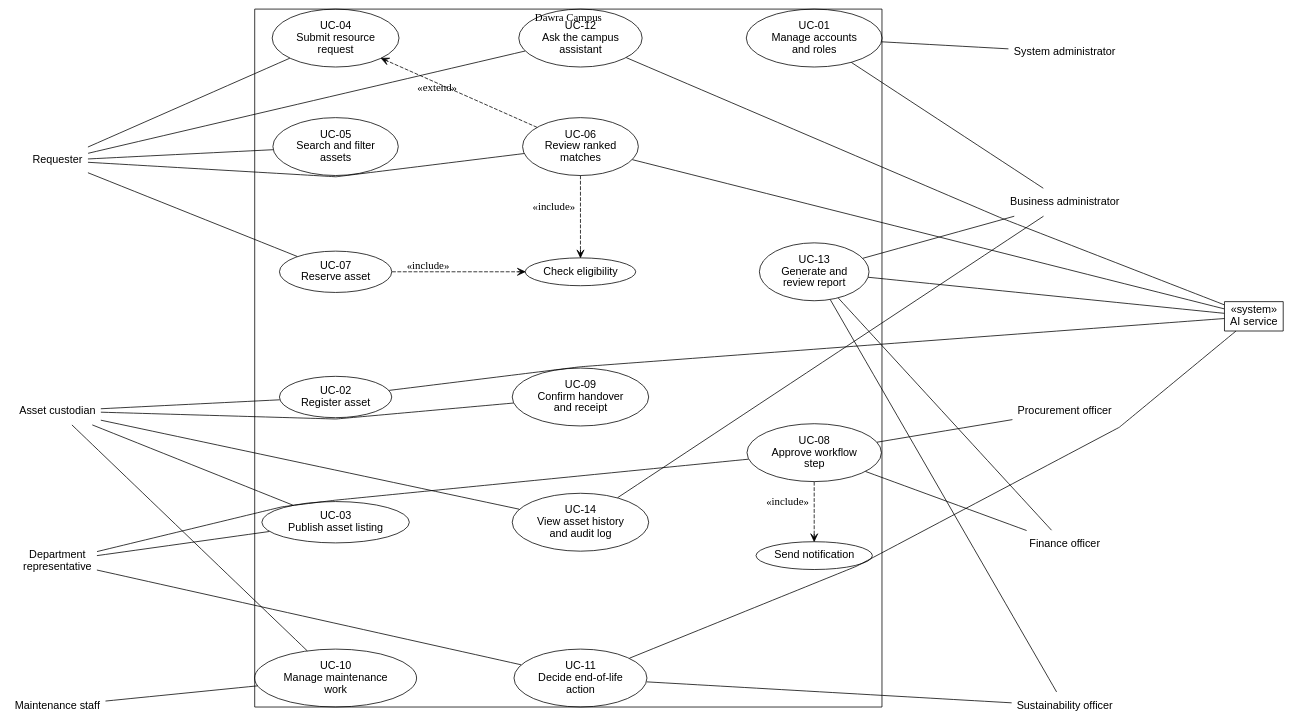
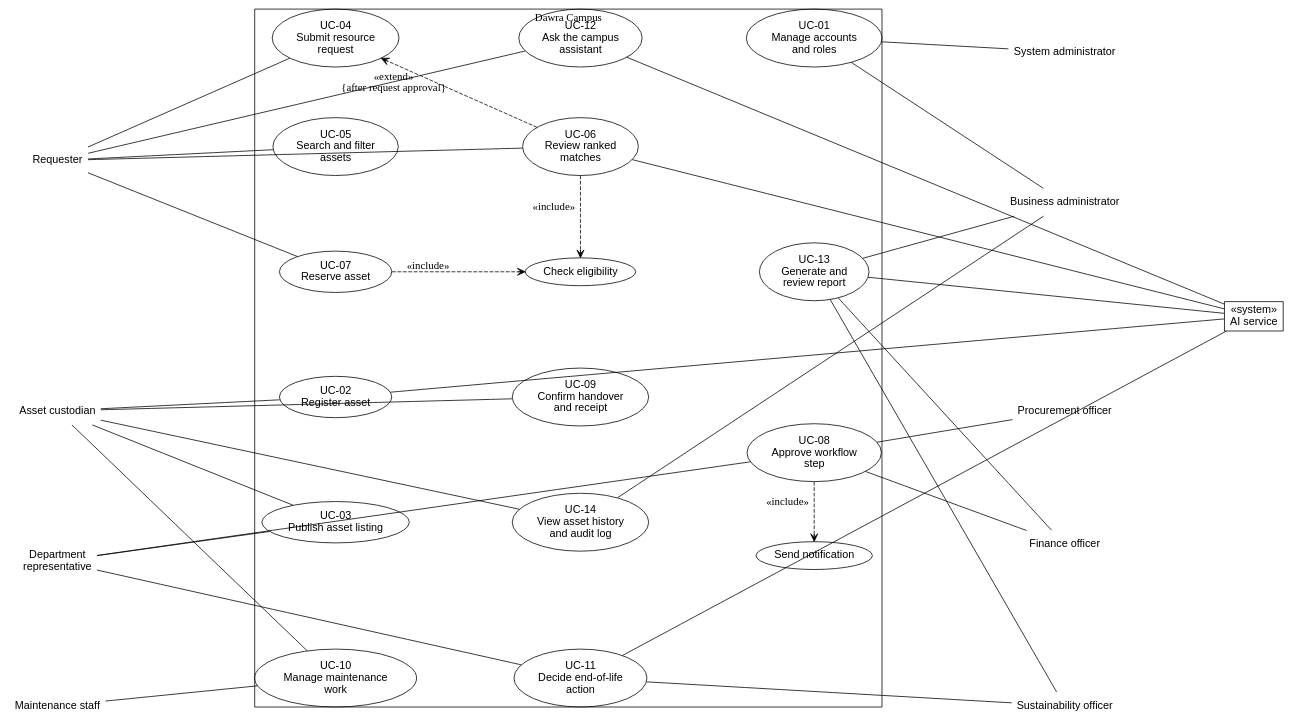
The diagram in docs/phase3/images/use-case-diagram.dot (duqins/ITS), drawn with Graphviz before and after one commit. The commit also changed 2 other files, not shown here.

Commit message:
changed the use case diagram
revamped the use case diagram and made sure that it looks neat

```diff
--- a/docs/phase3/images/use-case-diagram.dot
+++ b/docs/phase3/images/use-case-diagram.dot
@@ -1,66 +1,66 @@
 // Editable vector artwork: use-case-diagram.svg. Actor symbols there are UML stick figures.
 digraph UseCases {
-graph [layout=neato, overlap=true, splines=polyline, outputorder=edgesfirst, bgcolor="white"];
+graph [layout=neato, overlap=true, splines=false, outputorder=edgesfirst, bgcolor="white"];
 node [fontname="Arial",pin=true];
 edge [arrowhead=none];
 rq [shape=plaintext,label="Requester",pos="1.5,11.8!"];
 ac [shape=plaintext,label="Asset custodian",pos="1.5,7.3!"];
 dr [shape=plaintext,label="Department\nrepresentative",pos="1.5,4.6!"];
 mt [shape=plaintext,label="Maintenance staff",pos="1.5,2!"];
 sa [shape=plaintext,label="System administrator",pos="19.6,13.75!"];
 ba [shape=plaintext,label="Business administrator",pos="19.6,11.05!"];
 proc [shape=plaintext,label="Procurement officer",pos="19.6,7.3!"];
 fin [shape=plaintext,label="Finance officer",pos="19.6,4.9!"];
 sus [shape=plaintext,label="Sustainability officer",pos="19.6,2!"];
 ai [shape=box,label="«system»\nAI service",pos="23,9!"];
 subgraph cluster_system {label="Dawra Campus";
 uc1 [shape=ellipse,label="UC-01\nManage accounts\nand roles",pos="15.1,14!"];
 uc2 [shape=ellipse,label="UC-02\nRegister asset",pos="6.5,7.55!"];
 uc3 [shape=ellipse,label="UC-03\nPublish asset listing",pos="6.5,5.3!"];
 uc4 [shape=ellipse,label="UC-04\nSubmit resource\nrequest",pos="6.5,14!"];
 uc5 [shape=ellipse,label="UC-05\nSearch and filter\nassets",pos="6.5,12.05!"];
 uc6 [shape=ellipse,label="UC-06\nReview ranked\nmatches",pos="10.9,12.05!"];
 uc7 [shape=ellipse,label="UC-07\nReserve asset",pos="6.5,9.8!"];
 uc8 [shape=ellipse,label="UC-08\nApprove workflow\nstep",pos="15.1,6.55!"];
 uc9 [shape=ellipse,label="UC-09\nConfirm handover\nand receipt",pos="10.9,7.55!"];
 uc10 [shape=ellipse,label="UC-10\nManage maintenance\nwork",pos="6.5,2.5!"];
 uc11 [shape=ellipse,label="UC-11\nDecide end-of-life\naction",pos="10.9,2.5!"];
 uc12 [shape=ellipse,label="UC-12\nAsk the campus\nassistant",pos="10.9,14!"];
 uc13 [shape=ellipse,label="UC-13\nGenerate and\nreview report",pos="15.1,9.8!"];
 uc14 [shape=ellipse,label="UC-14\nView asset history\nand audit log",pos="10.9,5.3!"];
 elig [shape=ellipse,label="Check eligibility",pos="10.9,9.8!"];
 notify [shape=ellipse,label="Send notification",pos="15.1,4.7!"];
 }
 rq -> uc4;
 rq -> uc5;
 rq -> uc6;
 rq -> uc7;
 rq -> uc12;
 ac -> uc2;
 ac -> uc3;
 ac -> uc9;
 ac -> uc10;
 ac -> uc14;
 dr -> uc3;
 dr -> uc8;
 dr -> uc11;
 mt -> uc10;
 fin -> uc8;
 fin -> uc13;
 proc -> uc8;
 sus -> uc11;
 sus -> uc13;
 ba -> uc1;
 ba -> uc13;
 ba -> uc14;
 sa -> uc1;
 ai -> uc2;
 ai -> uc6;
 ai -> uc11;
 ai -> uc12;
 ai -> uc13;
 uc6 -> elig [style=dashed,arrowhead=open,label="«include»"];
 uc7 -> elig [style=dashed,arrowhead=open,label="«include»"];
 uc8 -> notify [style=dashed,arrowhead=open,label="«include»"];
-uc6 -> uc4 [style=dashed,arrowhead=open,label="«extend»"];
+uc6 -> uc4 [style=dashed,arrowhead=open,label="«extend»\n{after request approval}"];
 }
```
